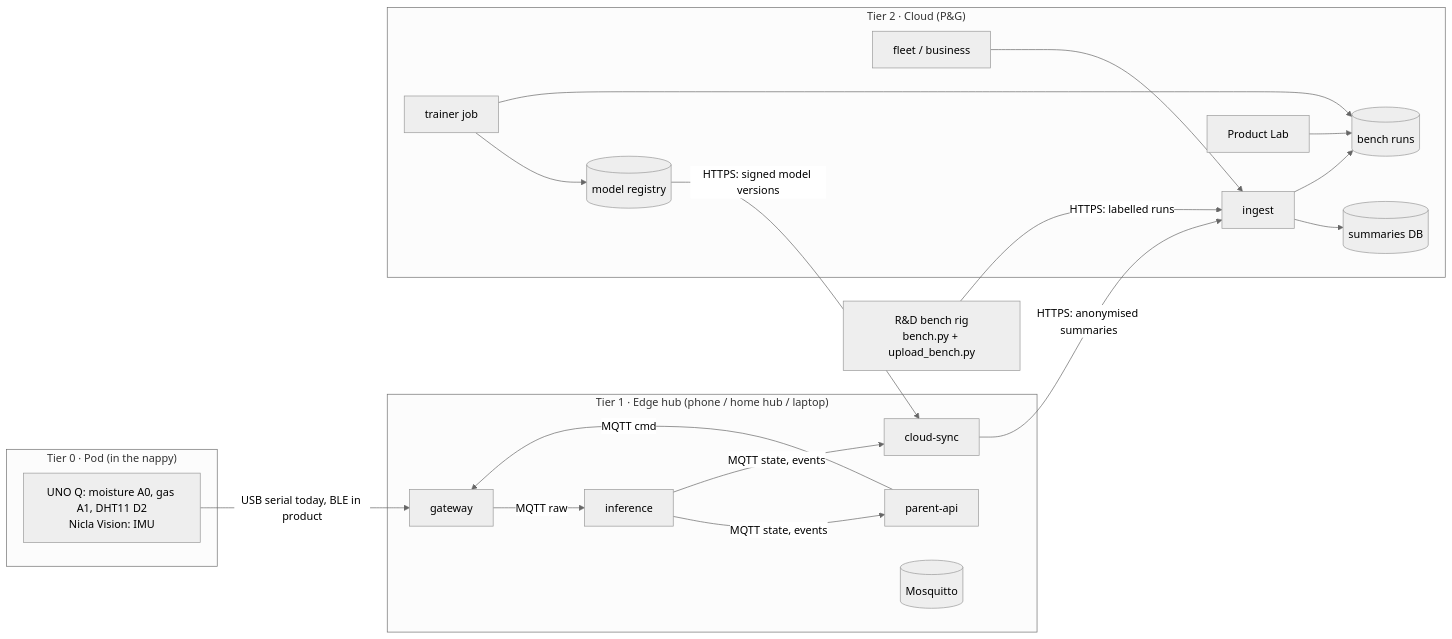
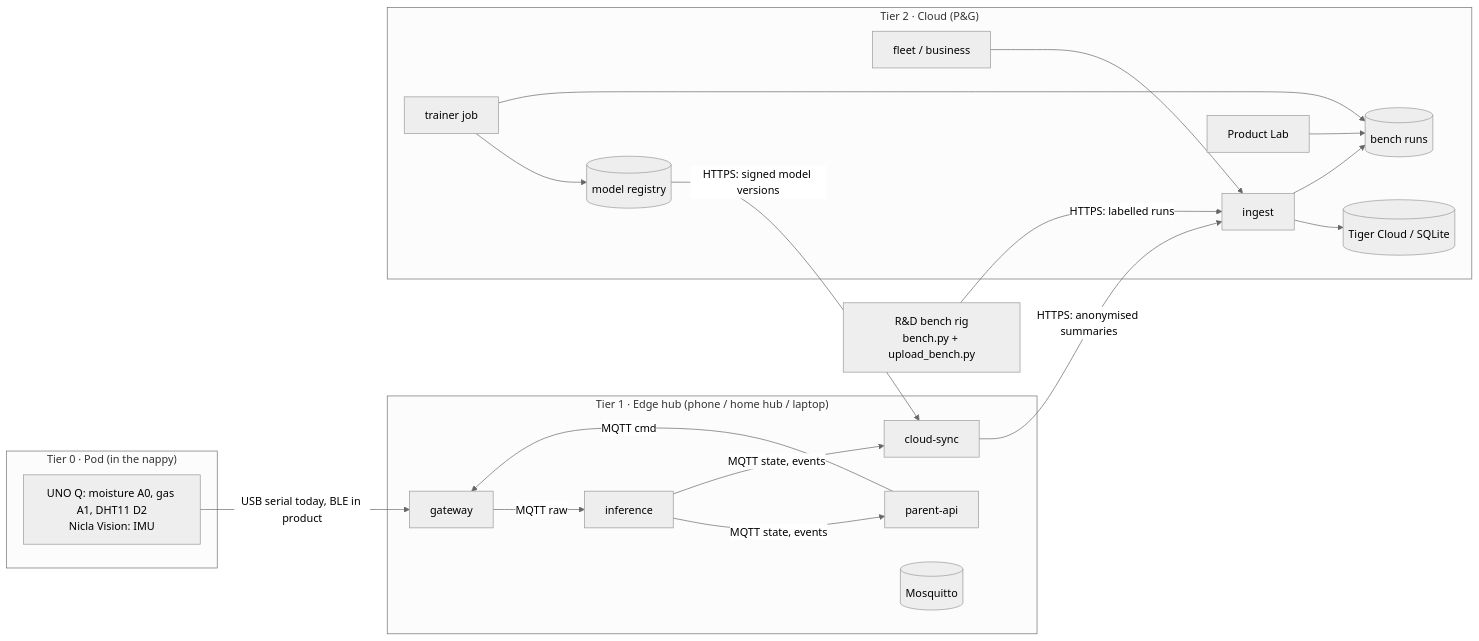
Before and after one commit to elsiexuan2005/nappies: the diagram in software/ARCHITECTURE.md, drawn with Mermaid (neutral theme). The commit also changed other lines of this file and 19 other files, not shown here.

````diff
--- a/software/ARCHITECTURE.md
+++ b/software/ARCHITECTURE.md
@@ -8,25 +8,25 @@
 ```mermaid
 flowchart LR
   subgraph POD["Tier 0 · Pod (in the nappy)"]
     S["UNO Q: moisture A0, gas A1, DHT11 D2<br/>Nicla Vision: IMU"]
   end
   subgraph EDGE["Tier 1 · Edge hub (phone / home hub / laptop)"]
     GW[gateway] -->|MQTT raw| INF[inference]
     INF -->|MQTT state, events| API[parent-api]
     INF -->|MQTT state, events| SYNC[cloud-sync]
     API -->|MQTT cmd| GW
     B[(Mosquitto)]
   end
   subgraph CLOUD["Tier 2 · Cloud (P&G)"]
-    ING[ingest] --> DB[(summaries DB)]
+    ING[ingest] --> DB[(Tiger Cloud / SQLite)]
     ING --> OBJ[(bench runs)]
     FLEET[fleet / business] --> ING
     LAB[Product Lab] --> OBJ
     TR[trainer job] --> REG[(model registry)]
     TR --> OBJ
   end
   S -->|USB serial today, BLE in product| GW
   SYNC -->|HTTPS: anonymised summaries| ING
   REG -->|HTTPS: signed model versions| SYNC
   BENCH["R&D bench rig<br/>bench.py + upload_bench.py"] -->|HTTPS: labelled runs| ING
 ```
````
